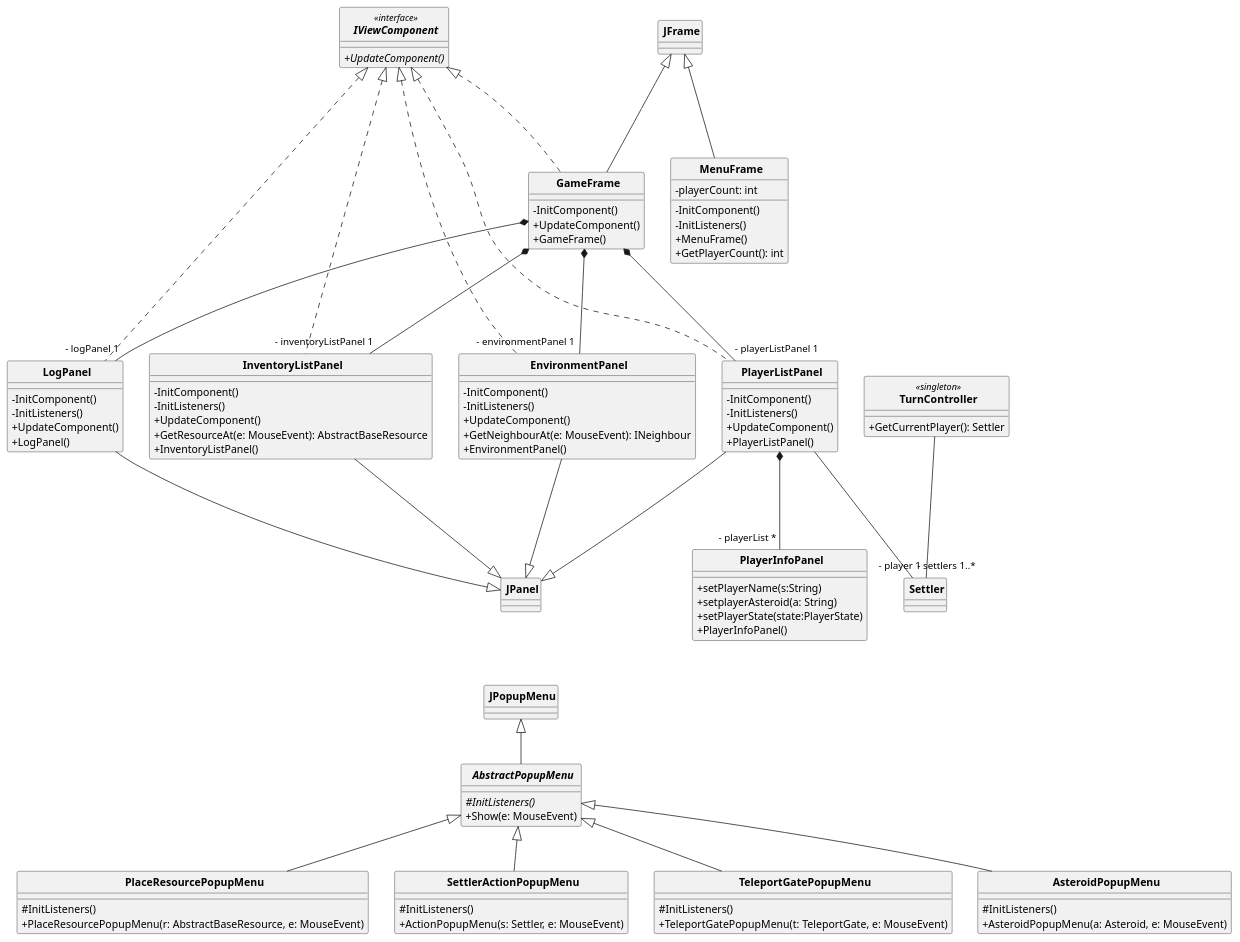
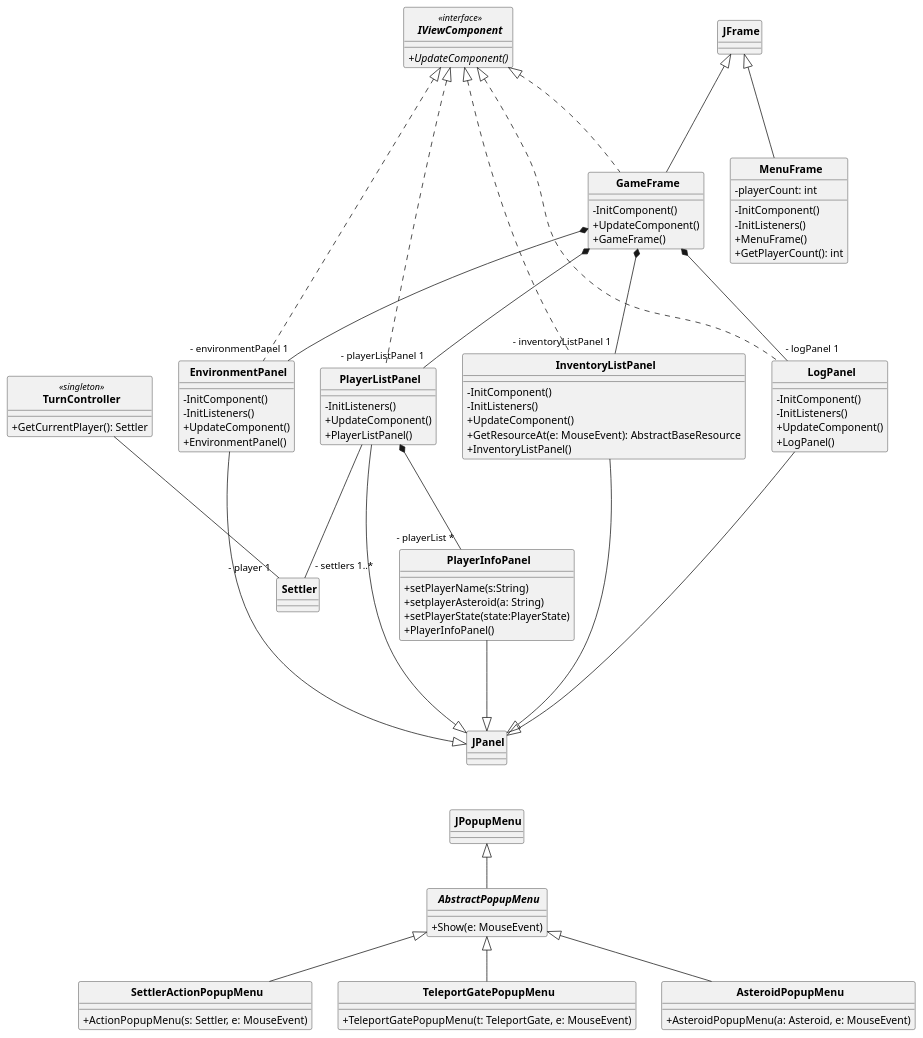
The diagram in uml/class_diagrams/gui_class.plantuml (triszt4n/projlab_holy_oil), drawn with PlantUML before and after one commit. The commit also changed 1 other file, not shown here.

Commit message:
:recycle: Refactor gui class diagram (#335)

```diff
--- a/uml/class_diagrams/gui_class.plantuml
+++ b/uml/class_diagrams/gui_class.plantuml
@@ -1,138 +1,127 @@
 @startuml classdiagram
 
 skinparam ClassAttributeIconSize 0
 skinparam CircledCharacterRadius 0
 skinparam CircledCharacterFontSize 0
 skinparam ClassFontStyle bold
 
 class JFrame {}
 class JPanel {}
 class JPopupMenu {}
 
 ' package: viewcomponents
 interface IViewComponent << interface >> {
   {abstract} + UpdateComponent()
 }
 
 together {
   class MenuFrame {
     - playerCount: int
     - InitComponent()
     - InitListeners()
     + MenuFrame()
     + GetPlayerCount(): int
   }
 
   class GameFrame {
     - InitComponent()
     + UpdateComponent()
     + GameFrame()
   }
 }
 
 class PlayerInfoPanel{
   + setPlayerName(s:String)
   + setplayerAsteroid(a: String)
   + setPlayerState(state:PlayerState)
   + PlayerInfoPanel()
 }
 
 together {
   class EnvironmentPanel {
     - InitComponent()
     - InitListeners()
     + UpdateComponent()
-    + GetNeighbourAt(e: MouseEvent): INeighbour
     + EnvironmentPanel()
   }
 
   class InventoryListPanel {
     - InitComponent()
     - InitListeners()
     + UpdateComponent()
     + GetResourceAt(e: MouseEvent): AbstractBaseResource
     + InventoryListPanel()
   }
 
   class PlayerListPanel {
-    - InitComponent()
     - InitListeners()
     + UpdateComponent()
     + PlayerListPanel()
   }
 
   class LogPanel {
     - InitComponent()
     - InitListeners()
     + UpdateComponent()
     + LogPanel()
   }
 }
 
 abstract class AbstractPopupMenu {
-  {abstract}# InitListeners()
   + Show(e: MouseEvent)
 }
 
 together {
   class AsteroidPopupMenu {
-    # InitListeners()
     + AsteroidPopupMenu(a: Asteroid, e: MouseEvent)
   }
 
   class TeleportGatePopupMenu {
-    # InitListeners()
     + TeleportGatePopupMenu(t: TeleportGate, e: MouseEvent)
   }
 
   class SettlerActionPopupMenu {
-    # InitListeners()
     + ActionPopupMenu(s: Settler, e: MouseEvent)
-  }
-
-  class PlaceResourcePopupMenu {
-    # InitListeners()
-    + PlaceResourcePopupMenu(r: AbstractBaseResource, e: MouseEvent)
   }
 }
 
 class TurnController << singleton >> {
   + GetCurrentPlayer(): Settler
 }
 
 ' Interface realizations
 GameFrame .up..|> IViewComponent
 EnvironmentPanel .up..|> IViewComponent
 InventoryListPanel .up..|> IViewComponent
 PlayerListPanel .up..|> IViewComponent
 LogPanel .up..|> IViewComponent
 
 ' Inheritance
 GameFrame -up--|> JFrame
 MenuFrame -up--|> JFrame
 
 EnvironmentPanel -down--|> JPanel
 InventoryListPanel -down--|> JPanel
 PlayerListPanel -down--|> JPanel
+PlayerInfoPanel -down--|> JPanel
 LogPanel -down--|> JPanel
 
 AbstractPopupMenu -up-|> JPopupMenu
 AsteroidPopupMenu -up-|> AbstractPopupMenu
 TeleportGatePopupMenu -up-|> AbstractPopupMenu
 SettlerActionPopupMenu -up-|> AbstractPopupMenu
-PlaceResourcePopupMenu -up-|> AbstractPopupMenu
 
 ' This is for better display
 JPopupMenu -[hidden]up-> JPanel
 
 ' Associations
 GameFrame *--- "- environmentPanel 1" EnvironmentPanel
 GameFrame *--- "- inventoryListPanel 1" InventoryListPanel
 GameFrame *--- "- playerListPanel 1" PlayerListPanel
 GameFrame *--- "- logPanel 1" LogPanel
 PlayerListPanel *--- "- playerList *" PlayerInfoPanel
 
 PlayerListPanel --- "- settlers 1..*" Settler
 TurnController --- "- player 1" Settler
 
 @enduml
```
